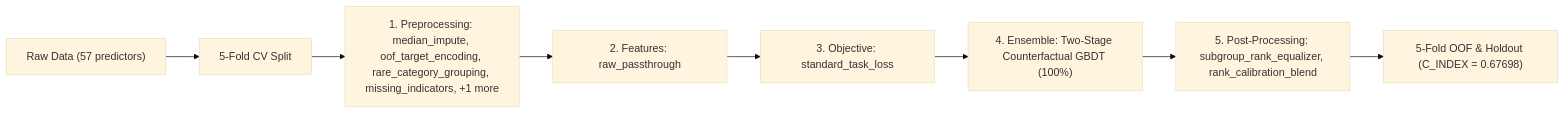
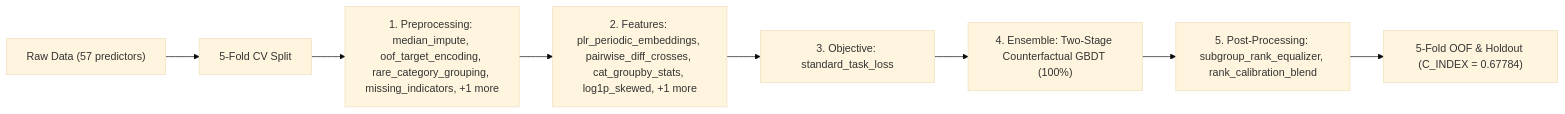
Before and after one commit to stefanoclss/CIBMTR-Equity-in-Post-HCT-Survival-Predictions: the diagram in README.md, drawn with Mermaid (base theme). The commit also changed other lines of this file, not shown here.

First line of the commit message:
docs(readme): refresh verified OOF benchmark & build ledger (C_INDEX=0.67784)

````diff
--- a/README.md
+++ b/README.md
@@ -140,10 +141,10 @@
 ```mermaid
 flowchart LR
     DATA["Raw Data (57 predictors)"] --> SPLIT["5-Fold CV Split"]
     SPLIT --> PRE["1. Preprocessing: median_impute, oof_target_encoding, rare_category_grouping, missing_indicators, +1 more"]
-    PRE --> FEAT["2. Features: raw_passthrough"]
+    PRE --> FEAT["2. Features: plr_periodic_embeddings, pairwise_diff_crosses, cat_groupby_stats, log1p_skewed, +1 more"]
     FEAT --> OBJ["3. Objective: standard_task_loss"]
     OBJ --> M0["4. Ensemble: Two-Stage Counterfactual GBDT (100%)"]
     M0 --> POST["5. Post-Processing: subgroup_rank_equalizer, rank_calibration_blend"]
-    POST --> OUT["5-Fold OOF & Holdout (C_INDEX = 0.67698)"]
+    POST --> OUT["5-Fold OOF & Holdout (C_INDEX = 0.67784)"]
 ```
````
